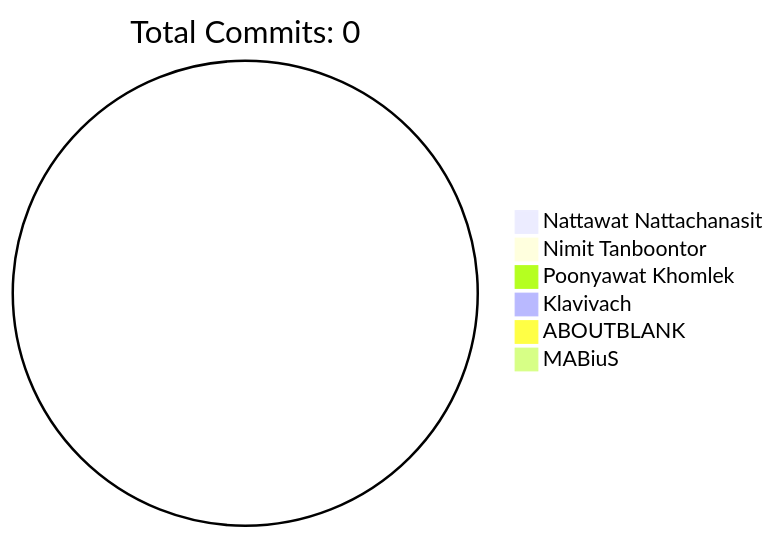
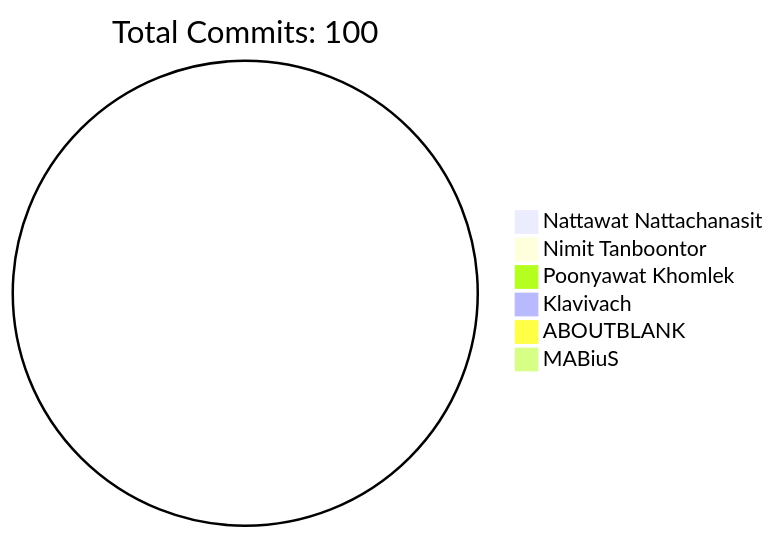
One commit to HLLC-MFU/HLLC-2025 changed the diagram in README.md. Above: the diagram before and after it, drawn with Mermaid.

Commit message:
docs: Update contributor statistics [skip ci]

````diff
--- a/README.md
+++ b/README.md
@@ -191,10 +191,10 @@
 ```mermaid
 pie
-    title Total Commits: 0
+    title Total Commits: 100
     "Nattawat Nattachanasit" : 0
     "Nimit Tanboontor" : 0
     "Poonyawat Khomlek" : 0
     "Klavivach" : 0
     "ABOUTBLANK" : 0
     "MABiuS" : 0
 ```
````
